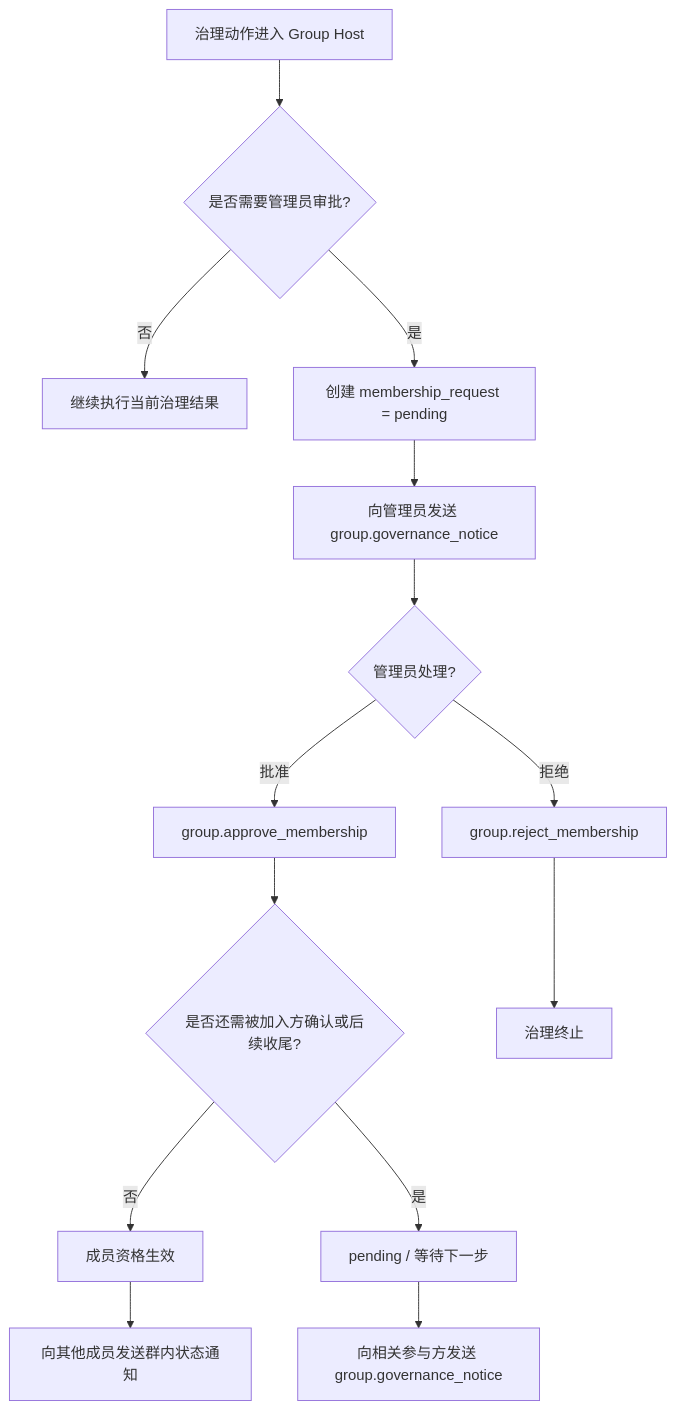
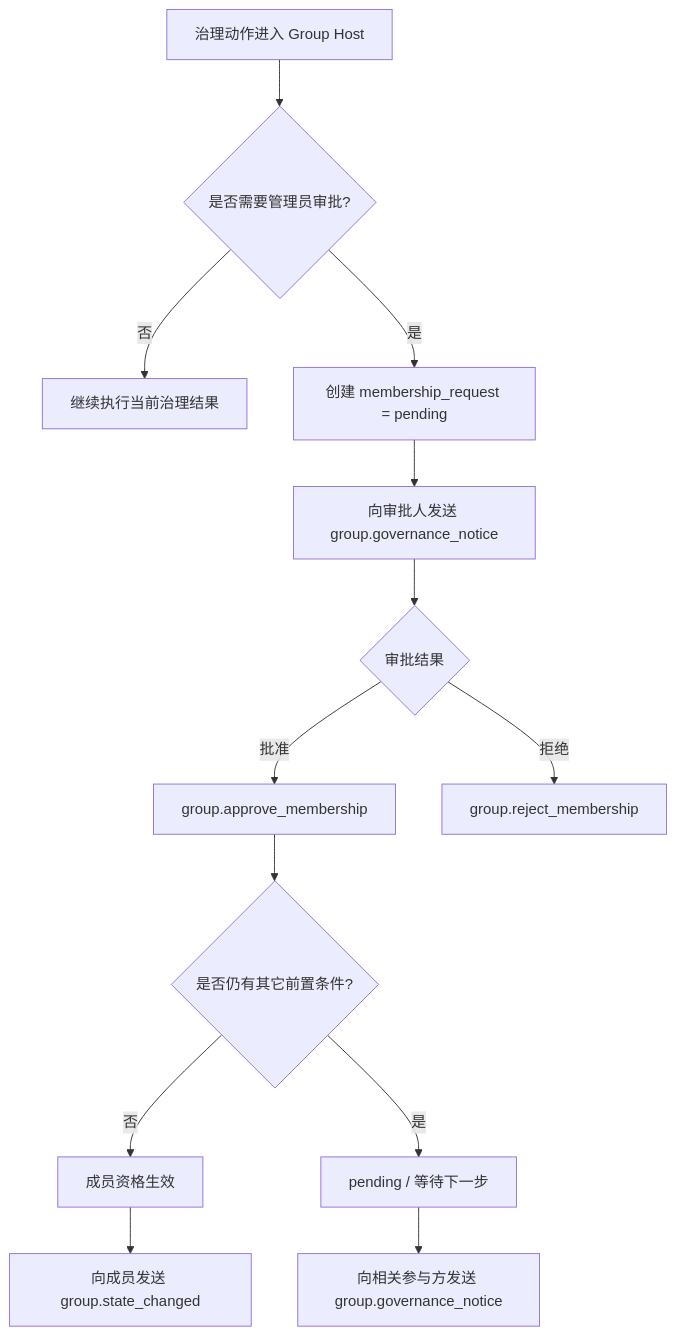
One commit to NeatNerdPrime/AgentNetworkProtocol changed the fifth of 7 diagrams in chinese/message/04-群组基础语义.md. Above: the diagram before and after it, drawn with Mermaid. The commit also changed other lines of this file and 3 other files, not shown here.

````diff
--- a/chinese/message/04-群组基础语义.md
+++ b/chinese/message/04-群组基础语义.md
@@ -1612,16 +1272,15 @@
 ```mermaid
 flowchart TD
     A[治理动作进入 Group Host] --> B{是否需要管理员审批?}
     B -- 否 --> C[继续执行当前治理结果]
     B -- 是 --> D[创建 membership_request = pending]
-    D --> E[向管理员发送 group.governance_notice]
-    E --> F{管理员处理?}
+    D --> E[向审批人发送 group.governance_notice]
+    E --> F{审批结果}
     F -- 批准 --> G[group.approve_membership]
     F -- 拒绝 --> H[group.reject_membership]
-    G --> I{是否还需被加入方确认或后续收尾?}
+    G --> I{是否仍有其它前置条件?}
     I -- 否 --> J[成员资格生效]
     I -- 是 --> K[pending / 等待下一步]
-    H --> L[治理终止]
-    J --> M[向其他成员发送群内状态通知]
-    K --> N[向相关参与方发送 group.governance_notice]
+    J --> L[向成员发送 group.state_changed]
+    K --> M[向相关参与方发送 group.governance_notice]
 ```
````
